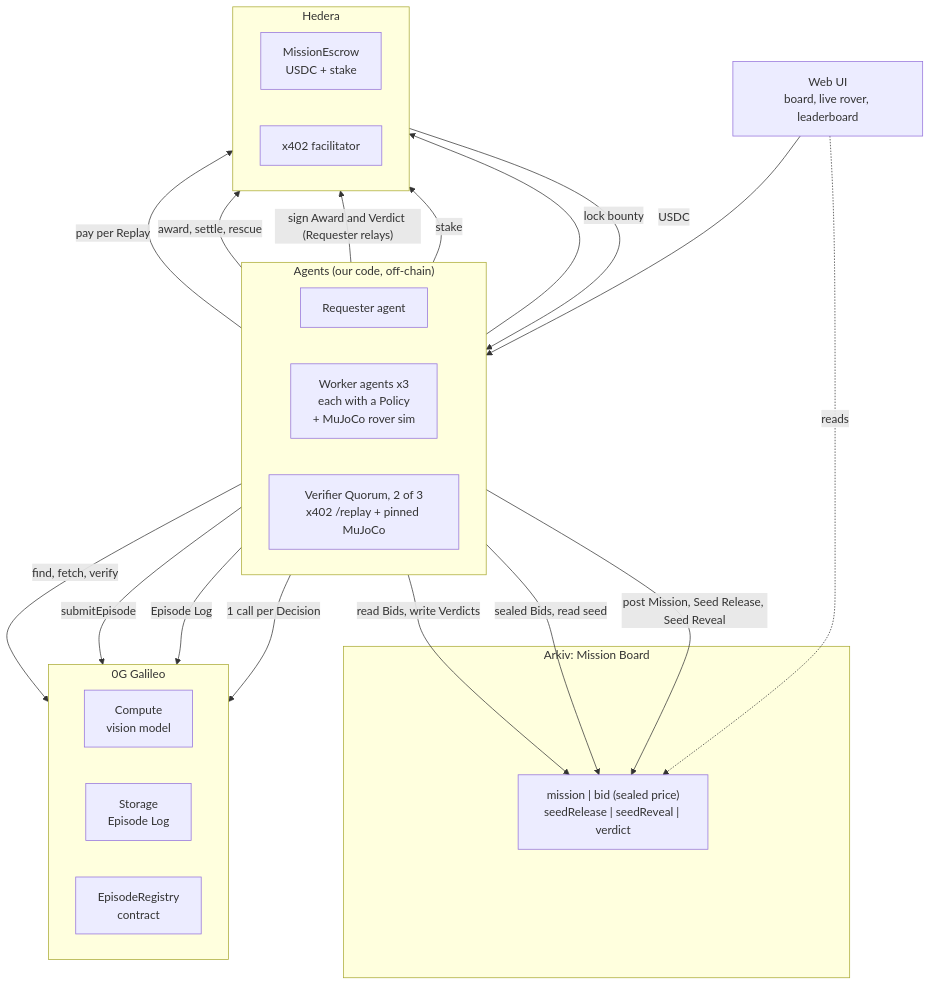
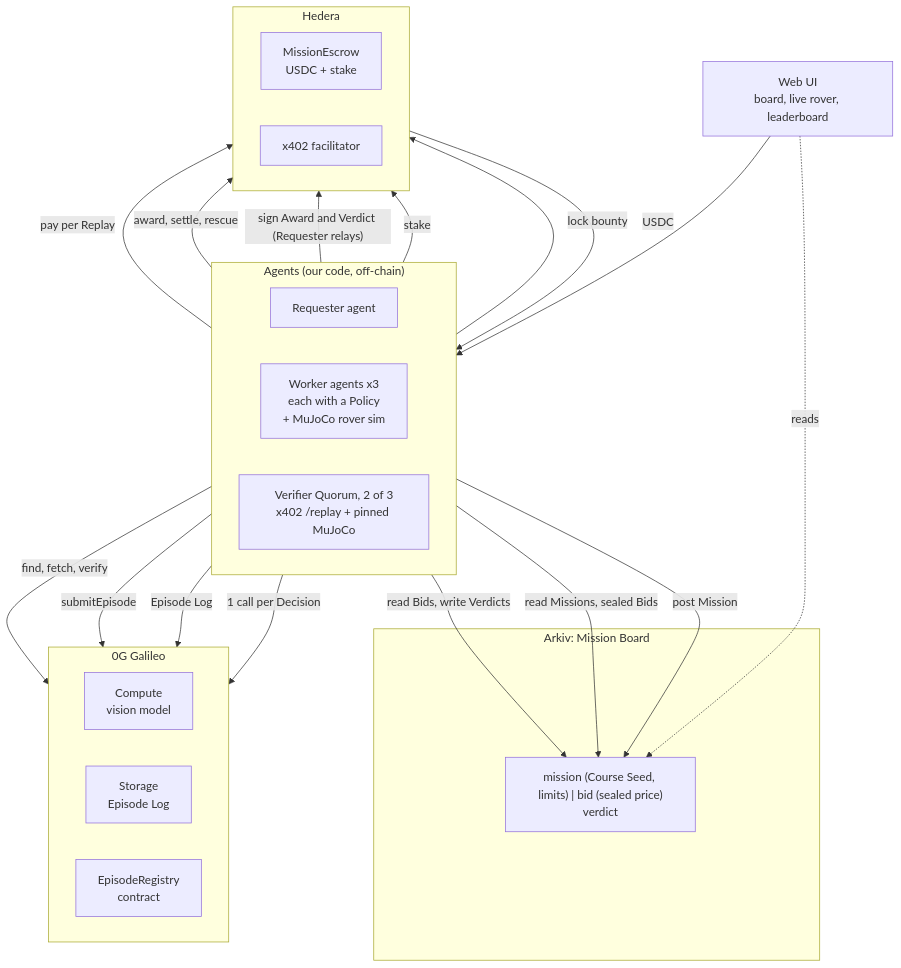
One commit to ksacheth/dewo changed the first of 4 diagrams in docs/architecture.md. Above: the diagram before and after it, drawn with Mermaid. The commit also changed other lines of this file and 15 other files, not shown here.

Commit message:
(docs) record limits on a public course

````diff
--- a/docs/architecture.md
+++ b/docs/architecture.md
@@ -9,39 +9,39 @@
 ```mermaid
 flowchart TB
   UI["Web UI<br/>board, live rover, leaderboard"]
   subgraph AG["Agents (our code, off-chain)"]
     direction LR
     REQ["Requester agent"]
     W["Worker agents x3<br/>each with a Policy<br/>+ MuJoCo rover sim"]
     Q["Verifier Quorum, 2 of 3<br/>x402 /replay + pinned MuJoCo"]
   end
   subgraph ARK["Arkiv: Mission Board"]
-    AK["mission | bid (sealed price)<br/>seedRelease | seedReveal | verdict"]
+    AK["mission (Course Seed, limits) | bid (sealed price)<br/>verdict"]
   end
   subgraph ZG["0G Galileo"]
     direction LR
     ZC["Compute<br/>vision model"]
     ZS["Storage<br/>Episode Log"]
     ZR["EpisodeRegistry<br/>contract"]
   end
   subgraph HED["Hedera"]
     direction LR
     HE["MissionEscrow<br/>USDC + stake"]
     HX["x402 facilitator"]
   end
   UI --> REQ
   UI -. reads .-> AK
-  REQ -- "post Mission, Seed Release, Seed Reveal" --> AK
-  W -- "sealed Bids, read seed" --> AK
+  REQ -- "post Mission" --> AK
+  W -- "read Missions, sealed Bids" --> AK
   Q -- "read Bids, write Verdicts" --> AK
   W -- "1 call per Decision" --> ZC
   W -- "Episode Log" --> ZS
   W -- "submitEpisode" --> ZR
   Q -- "find, fetch, verify" --> ZG
   REQ -- "lock bounty" --> HE
   W -- "stake" --> HE
   Q -- "sign Award and Verdict (Requester relays)" --> HE
   REQ -- "award, settle, rescue" --> HE
   REQ -- "pay per Replay" --> HX
   HX -- "USDC" --> Q
 ```
````
